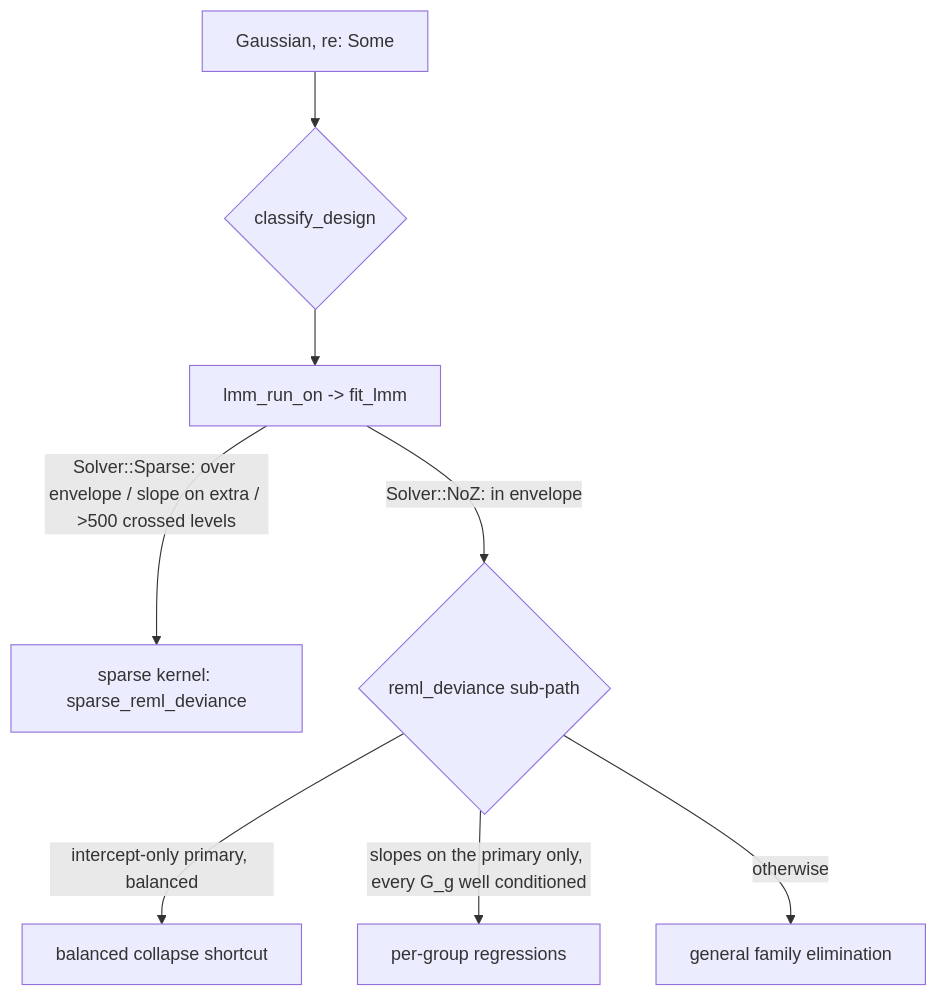
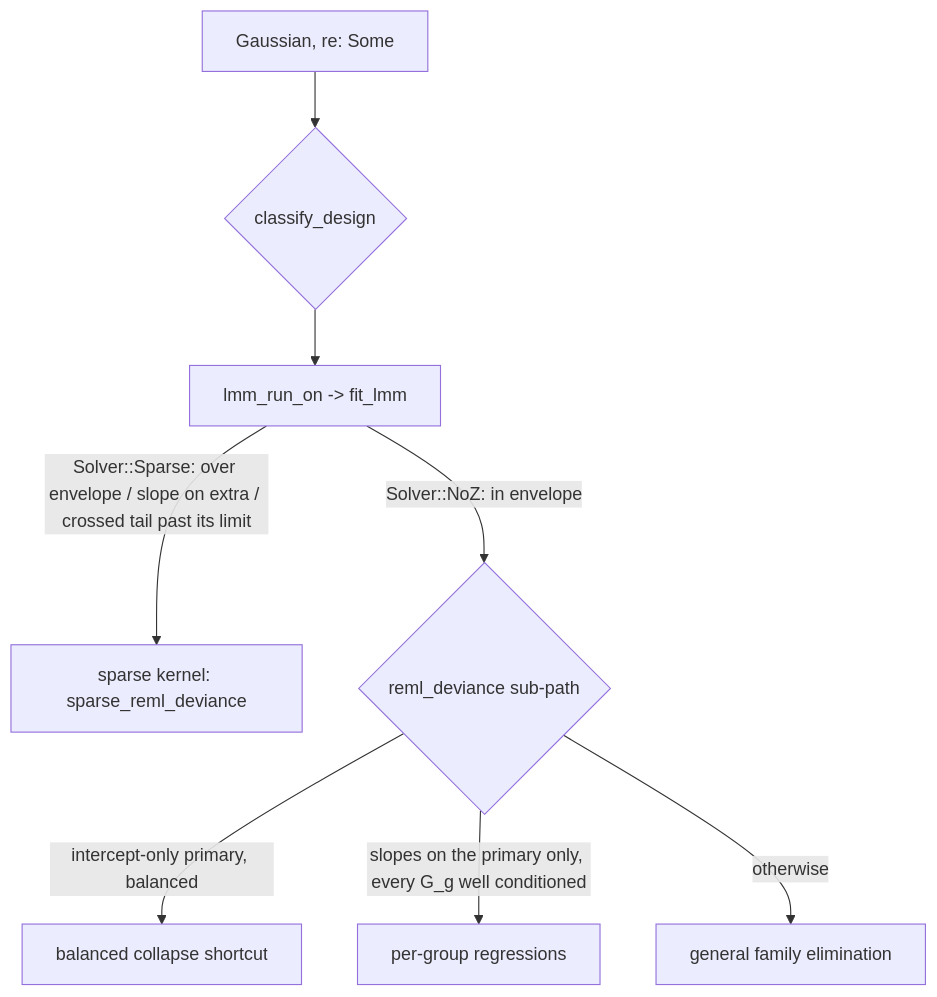
Before and after one commit to pawlenartowicz/glmm: the diagram in documentation/algorithms-lmm.md, drawn with Mermaid. The commit also changed other lines of this file and 109 other files, not shown here.

````diff
--- a/documentation/algorithms-lmm.md
+++ b/documentation/algorithms-lmm.md
@@ -80,10 +72,10 @@
 ```mermaid
 flowchart TD
     A["Gaussian, re: Some"] --> B{"classify_design"}
     B --> N["lmm_run_on -> fit_lmm"]
-    N -->|"Solver::Sparse: over envelope / slope on extra / >500 crossed levels"| S["sparse kernel: sparse_reml_deviance"]
+    N -->|"Solver::Sparse: over envelope / slope on extra / crossed tail past its limit"| S["sparse kernel: sparse_reml_deviance"]
     N -->|"Solver::NoZ: in envelope"| C{"reml_deviance sub-path"}
     C -->|"intercept-only primary, balanced"| CO["balanced collapse shortcut"]
     C -->|"slopes on the primary only, every G_g well conditioned"| PG["per-group regressions"]
     C -->|"otherwise"| GP["general family elimination"]
 ```
````
